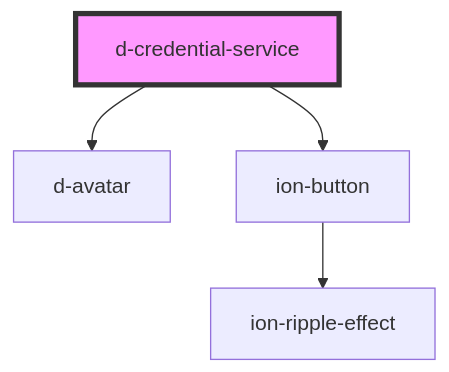
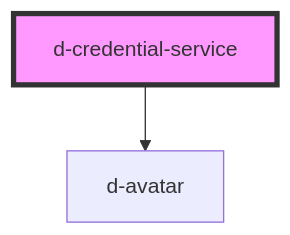
Before and after one commit to ForkbombEu/didroom-components: the diagram in src/components/credential-service/readme.md, drawn with Mermaid. The commit also changed other lines of this file and 6 other files, not shown here.

````diff
--- a/src/components/credential-service/readme.md
+++ b/src/components/credential-service/readme.md
@@ -27,7 +26,5 @@
 ```mermaid
 graph TD;
   d-credential-service --> d-avatar
-  d-credential-service --> ion-button
-  ion-button --> ion-ripple-effect
   style d-credential-service fill:#f9f,stroke:#333,stroke-width:4px
 ```
````
